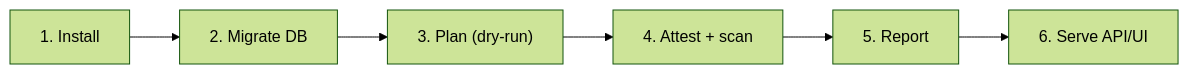
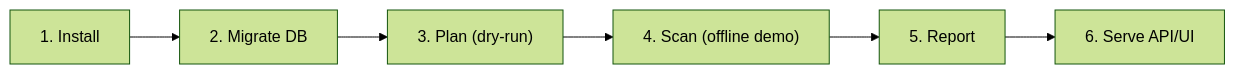
The diagram in docs/getting-started.md (0xFE1C/ARACHNE), drawn with Mermaid (forest theme) before and after one commit. The commit also changed other lines of this file and 74 other files, not shown here.

````diff
--- a/docs/getting-started.md
+++ b/docs/getting-started.md
@@ -6,8 +15,8 @@
 ```mermaid
 flowchart LR
     A["1. Install"] --> B["2. Migrate DB"]
     B --> C["3. Plan (dry-run)"]
-    C --> D["4. Attest + scan"]
+    C --> D["4. Scan (offline demo)"]
     D --> E["5. Report"]
     E --> F["6. Serve API/UI"]
 ```
````
